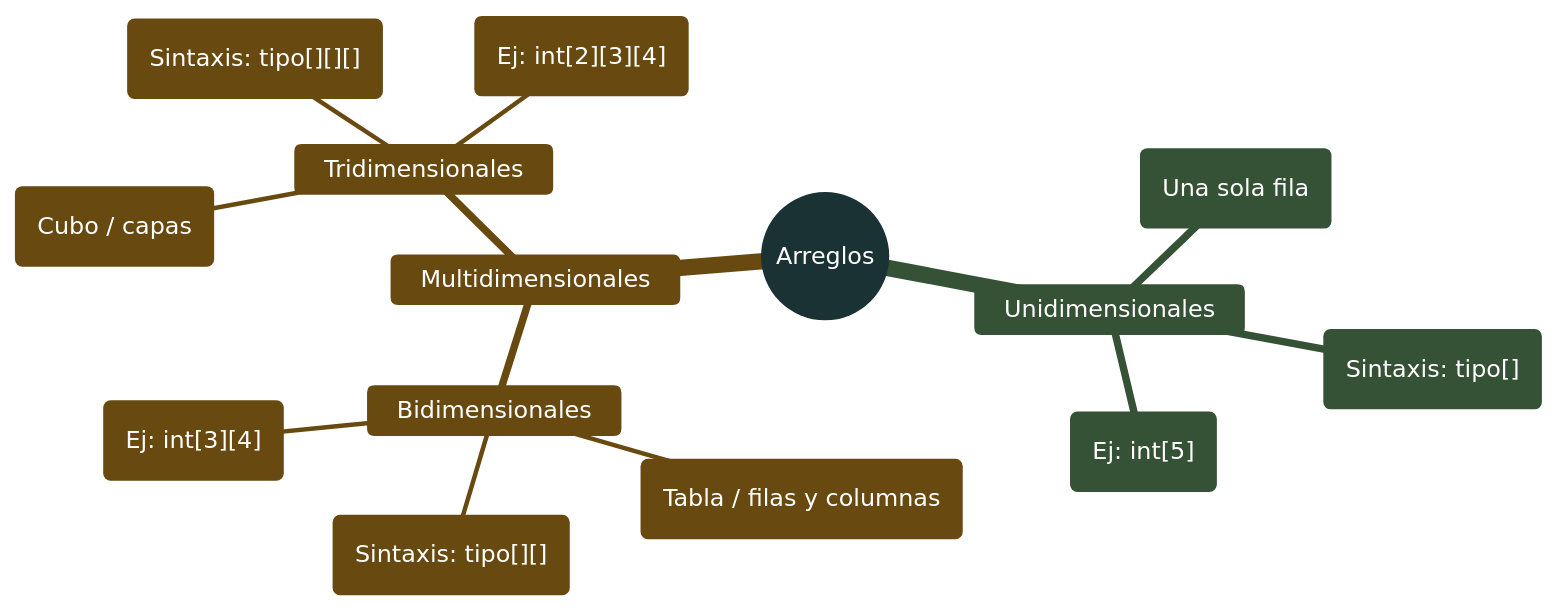
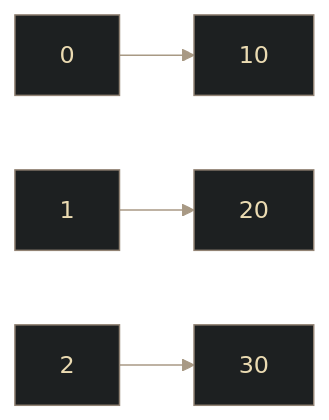
One commit to NachoOsella/notes-vault changed the diagram in Progra 3/03 - Back End/03.01 - U1 Lenguaje Java y Colecciones/08 - Java - Arreglos (Arrays).md. Above: the diagram before and after it, drawn with Mermaid. The commit also changed other lines of this file and 32 other files, not shown here.

````diff
--- a/Progra 3/03 - Back End/03.01 - U1 Lenguaje Java y Colecciones/08 - Java - Arreglos (Arrays).md
+++ b/Progra 3/03 - Back End/03.01 - U1 Lenguaje Java y Colecciones/08 - Java - Arreglos (Arrays).md
@@ -26,19 +24,7 @@
 ```mermaid
-%%{init: {'theme': 'base', 'themeVariables': { 'primaryColor': '#458588', 'primaryTextColor': '#ffffff', 'primaryBorderColor': '#83a598', 'lineColor': '#a89984', 'secondaryColor': '#689d6a', 'tertiaryColor': '#d79921', 'background': '#1d2021'}}}%%
-mindmap
-  root((Arreglos))
-    Unidimensionales
-      (Una sola fila)
-      ("Sintaxis: tipo[]")
-      ("Ej: int[5]")
-    Multidimensionales
-      Bidimensionales
-        (Tabla / filas y columnas)
-        ("Sintaxis: tipo[][]")
-        ("Ej: int[3][4]")
-      Tridimensionales
-        (Cubo / capas)
-        ("Sintaxis: tipo[][][]")
-        ("Ej: int[2][3][4]")
-
+%%{init: {'theme': 'base', 'themeVariables': { 'primaryColor': '#1d2021', 'primaryTextColor': '#ebdbb2', 'primaryBorderColor': '#928374', 'lineColor': '#a89984', 'secondaryColor': '#282828', 'tertiaryColor': '#3c3836'}}}%%
+graph LR
+    A[0] --> B[10]
+    C[1] --> D[20]
+    E[2] --> F[30]
 ```
````
